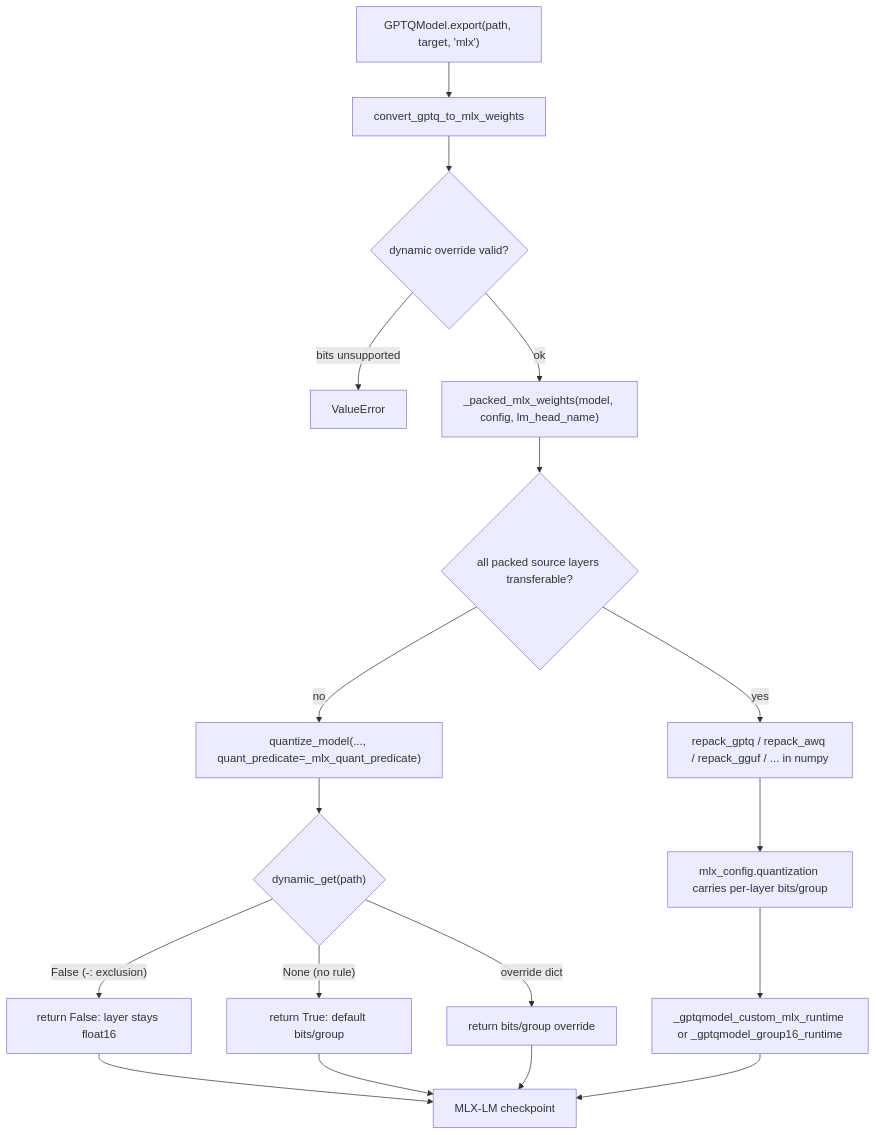
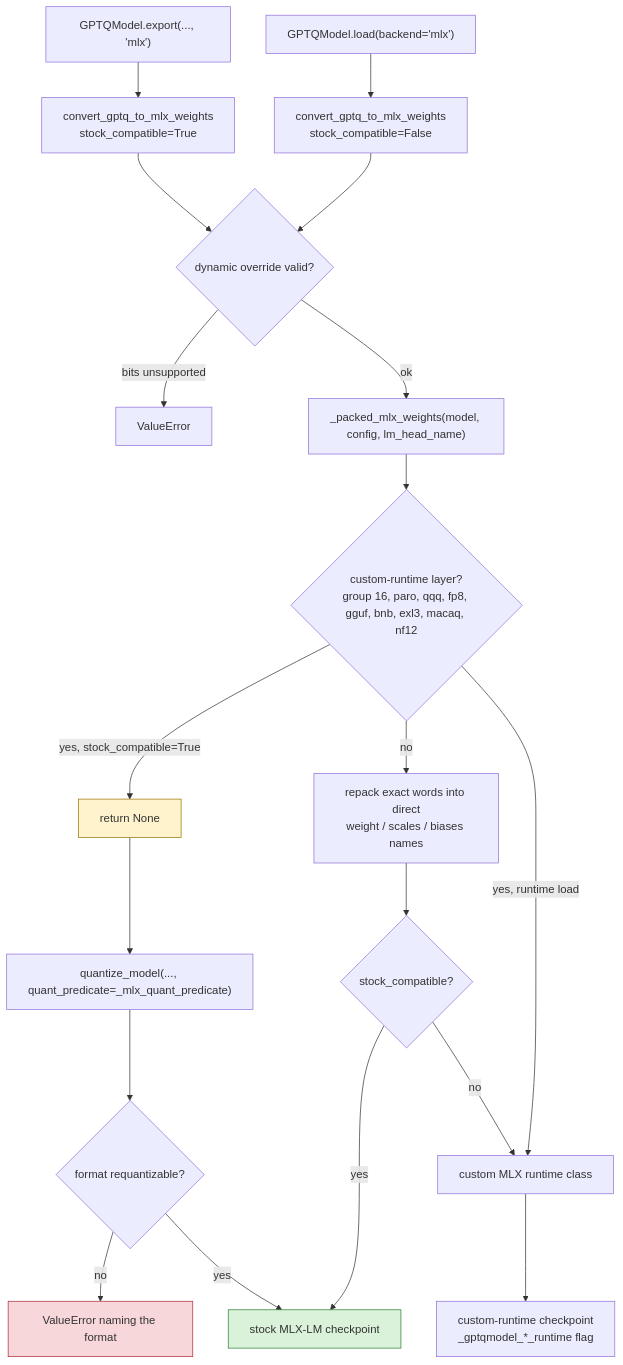
Before and after one commit to ModelCloud/GPTQModel: the second of 2 diagrams in docs/mlx-runtime.md, drawn with Mermaid. The commit also changed other lines of this file and 16 other files, not shown here.

First line of the commit message:
fix(interop): HF quant refusers, optimize() pickling, CPU-only max_memory, MLX masks/export (#4091) (#4101)

````diff
--- a/docs/mlx-runtime.md
+++ b/docs/mlx-runtime.md
@@ -70,20 +78,24 @@
 ```mermaid
 flowchart TD
-    A["GPTQModel.export(path, target, 'mlx')"] --> B["convert_gptq_to_mlx_weights"]
+    A["GPTQModel.export(..., 'mlx')"] --> B["convert_gptq_to_mlx_weights<br/>stock_compatible=True"]
+    R["GPTQModel.load(backend='mlx')"] --> B2["convert_gptq_to_mlx_weights<br/>stock_compatible=False"]
     B --> C{"dynamic override valid?"}
+    B2 --> C
     C -- "bits unsupported" --> D["ValueError"]
     C -- ok --> E["_packed_mlx_weights(model, config, lm_head_name)"]
-    E --> F{"all packed source layers transferable?"}
-    F -- yes --> G["repack_gptq / repack_awq / repack_gguf / ... in numpy"]
-    G --> H["mlx_config.quantization carries per-layer bits/group"]
-    H --> I["_gptqmodel_custom_mlx_runtime or _gptqmodel_group16_runtime"]
-    F -- no --> J["quantize_model(..., quant_predicate=_mlx_quant_predicate)"]
-    J --> K{"dynamic_get(path)"}
-    K -- "False (-: exclusion)" --> L["return False: layer stays float16"]
-    K -- "None (no rule)" --> M["return True: default bits/group"]
-    K -- "override dict" --> N["return bits/group override"]
-    L --> O["MLX-LM checkpoint"]
-    M --> O
-    N --> O
-    I --> O
+    E --> F{"custom-runtime layer?<br/>group 16, paro, qqq, fp8, gguf, bnb, exl3, macaq, nf12"}
+    F -- "yes, stock_compatible=True" --> G["return None"]
+    F -- "no" --> H["repack exact words into direct<br/>weight / scales / biases names"]
+    F -- "yes, runtime load" --> I["custom MLX runtime class"]
+    G --> J["quantize_model(..., quant_predicate=_mlx_quant_predicate)"]
+    J --> K{"format requantizable?"}
+    K -- no --> L["ValueError naming the format"]
+    K -- yes --> M["stock MLX-LM checkpoint"]
+    H --> N{"stock_compatible?"}
+    N -- yes --> M
+    N -- no --> I
+    I --> O["custom-runtime checkpoint<br/>_gptqmodel_*_runtime flag"]
+    style G fill:#fff3cd,stroke:#997404
+    style L fill:#f8d7da,stroke:#b02a37
+    style M fill:#d9f2d9,stroke:#2e7d32
 ```
````
